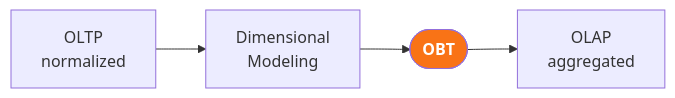
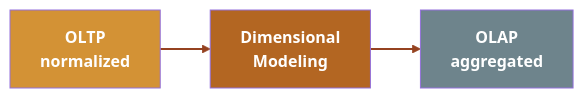
The diagram in slides/10-section-a-the-data-journey.md (ninoCan/talk-operation-data-engineer), drawn with Mermaid before and after one commit. The commit also changed other lines of this file and 14 other files, not shown here.

````diff
--- a/slides/10-section-a-the-data-journey.md
+++ b/slides/10-section-a-the-data-journey.md
@@ -7,7 +8,9 @@
 ```mermaid
 flowchart LR
     A["OLTP\nnormalized"] --> B["Dimensional\nModeling"]
-    B --> C(["OBT"])
-    C --> D["OLAP\naggregated"]
-    style C fill:#f97316,color:#fff,font-weight:bold
+    B --> C["OLAP\naggregated"]
+    style A fill:#d39235,color:#fff,font-weight:bold
+    style B fill:#b36622,color:#fff,font-weight:bold
+    style C fill:#6e848c,color:#fff,font-weight:bold
+    linkStyle 0,1 stroke:#954220,stroke-width:2px
 ```
````
